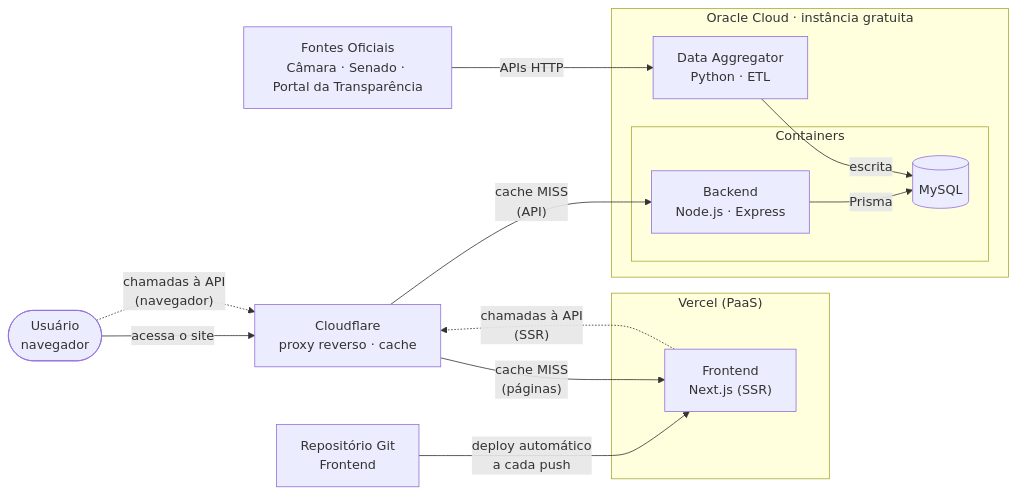
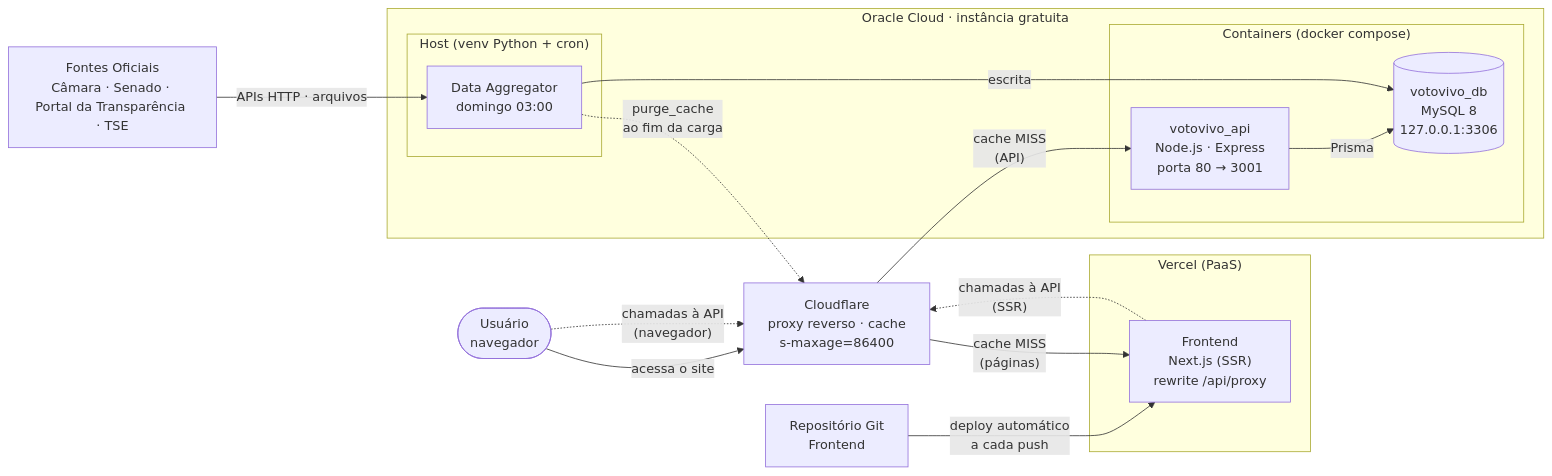
Diagram 18 of 19 in diagramas.md (Projeto-Voto-Vivo/Documentacao), drawn with Mermaid before and after one commit. The commit also changed other lines of this file, not shown here.

Commit message:
update diagrams

````diff
--- a/diagramas.md
+++ b/diagramas.md
@@ -399,30 +549,33 @@
 ```mermaid
 flowchart LR
     U(["Usuário<br/>navegador"])
     GH["Repositório Git<br/>Frontend"]
-    FO["Fontes Oficiais<br/>Câmara · Senado · Portal da Transparência"]
+    FO["Fontes Oficiais<br/>Câmara · Senado · Portal da Transparência · TSE"]
 
-    CF["Cloudflare<br/>proxy reverso · cache"]
+    CF["Cloudflare<br/>proxy reverso · cache<br/>s-maxage=86400"]
 
     subgraph Vercel["Vercel (PaaS)"]
-        FE["Frontend<br/>Next.js (SSR)"]
+        FE["Frontend<br/>Next.js (SSR)<br/>rewrite /api/proxy"]
     end
 
     subgraph Oracle["Oracle Cloud · instância gratuita"]
-        subgraph Containers["Containers"]
-            BE["Backend<br/>Node.js · Express"]
-            DB[("MySQL")]
+        subgraph Containers["Containers (docker compose)"]
+            BE["votovivo_api<br/>Node.js · Express<br/>porta 80 → 3001"]
+            DB[("votovivo_db<br/>MySQL 8<br/>127.0.0.1:3306")]
         end
-        DA["Data Aggregator<br/>Python · ETL"]
+        subgraph Host["Host (venv Python + cron)"]
+            DA["Data Aggregator<br/>domingo 03:00"]
+        end
     end
 
     GH -->|"deploy automático<br/>a cada push"| FE
     U -->|"acessa o site"| CF
     CF -->|"cache MISS<br/>(páginas)"| FE
     U -.->|"chamadas à API<br/>(navegador)"| CF
     FE -.->|"chamadas à API<br/>(SSR)"| CF
     CF -->|"cache MISS<br/>(API)"| BE
     BE -->|"Prisma"| DB
-    FO -->|"APIs HTTP"| DA
+    FO -->|"APIs HTTP · arquivos"| DA
     DA -->|"escrita"| DB
+    DA -.->|"purge_cache<br/>ao fim da carga"| CF
 ```
````
